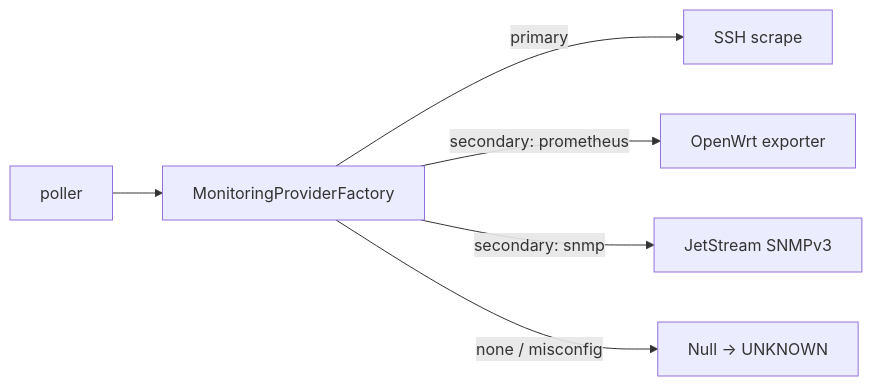
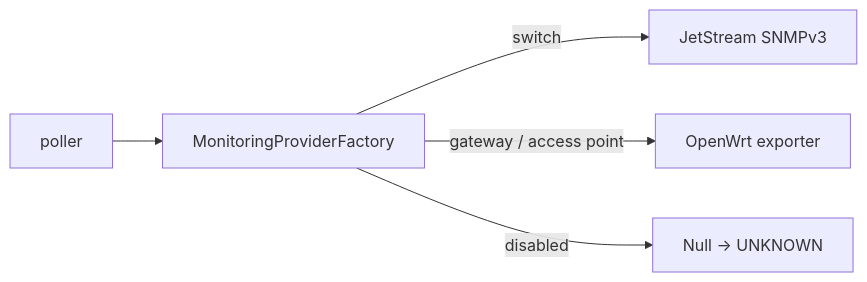
Before and after one commit to nanosonde/hsnc: the third of 3 diagrams in docs/developer-guide/architecture.md, drawn with Mermaid. The commit also changed other lines of this file and 9 other files, not shown here.

Commit message:
docs: reflect non-SSH monitoring plane and drop primary/secondary

````diff
--- a/docs/developer-guide/architecture.md
+++ b/docs/developer-guide/architecture.md
@@ -54,8 +55,7 @@
 ```mermaid
 flowchart LR
     POLL[poller] --> F[MonitoringProviderFactory]
-    F -->|primary| SSHM[SSH scrape]
-    F -->|secondary: prometheus| PROM[OpenWrt exporter]
-    F -->|secondary: snmp| SNMP[JetStream SNMPv3]
-    F -->|none / misconfig| NULL[Null → UNKNOWN]
+    F -->|switch| SNMP[JetStream SNMPv3]
+    F -->|gateway / access point| PROM[OpenWrt exporter]
+    F -->|disabled| NULL[Null → UNKNOWN]
 ```
````
